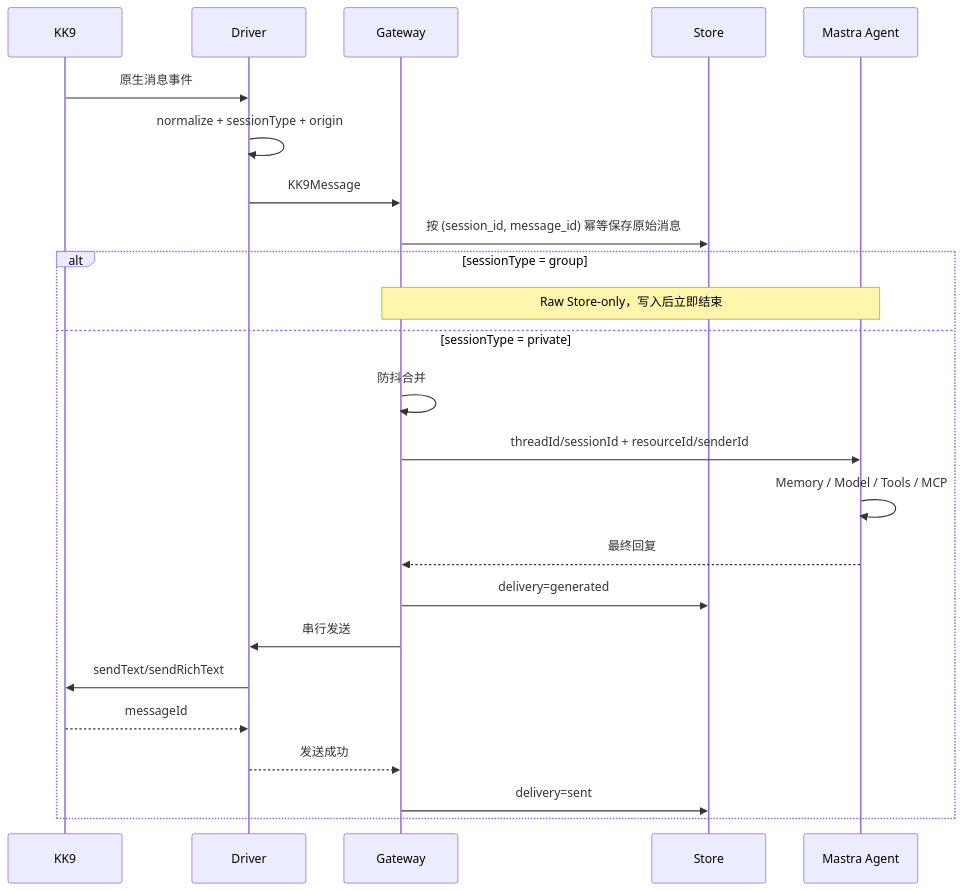
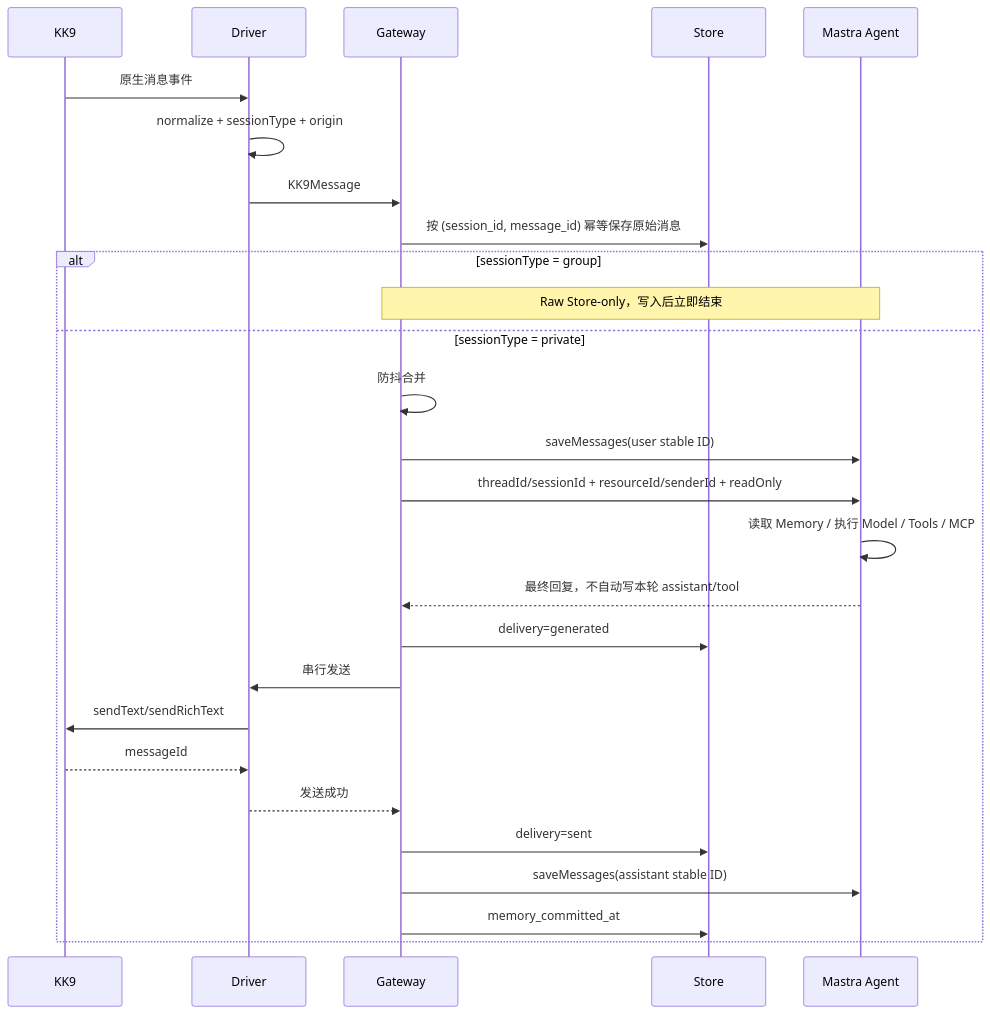
One commit to dnslin/kairo changed the second of 3 diagrams in docs/KKBot-Mastra-Native-Refactor-Spec.md. Above: the diagram before and after it, drawn with Mermaid. The commit also changed other lines of this file, not shown here.

Commit message:
明确回复交付与 Memory 提交协议

````diff
--- a/docs/KKBot-Mastra-Native-Refactor-Spec.md
+++ b/docs/KKBot-Mastra-Native-Refactor-Spec.md
@@ -1698,27 +1715,30 @@
 ```mermaid
 sequenceDiagram
     participant KK as KK9
     participant D as Driver
     participant G as Gateway
     participant S as Store
     participant M as Mastra Agent
 
     KK->>D: 原生消息事件
     D->>D: normalize + sessionType + origin
     D->>G: KK9Message
     G->>S: 按 (session_id, message_id) 幂等保存原始消息
     alt sessionType = group
         Note over G,M: Raw Store-only，写入后立即结束
     else sessionType = private
         G->>G: 防抖合并
-        G->>M: threadId/sessionId + resourceId/senderId
-        M->>M: Memory / Model / Tools / MCP
-        M-->>G: 最终回复
+        G->>M: saveMessages(user stable ID)
+        G->>M: threadId/sessionId + resourceId/senderId + readOnly
+        M->>M: 读取 Memory / 执行 Model / Tools / MCP
+        M-->>G: 最终回复，不自动写本轮 assistant/tool
         G->>S: delivery=generated
         G->>D: 串行发送
         D->>KK: sendText/sendRichText
         KK-->>D: messageId
         D-->>G: 发送成功
         G->>S: delivery=sent
+        G->>M: saveMessages(assistant stable ID)
+        G->>S: memory_committed_at
     end
 ```
````
